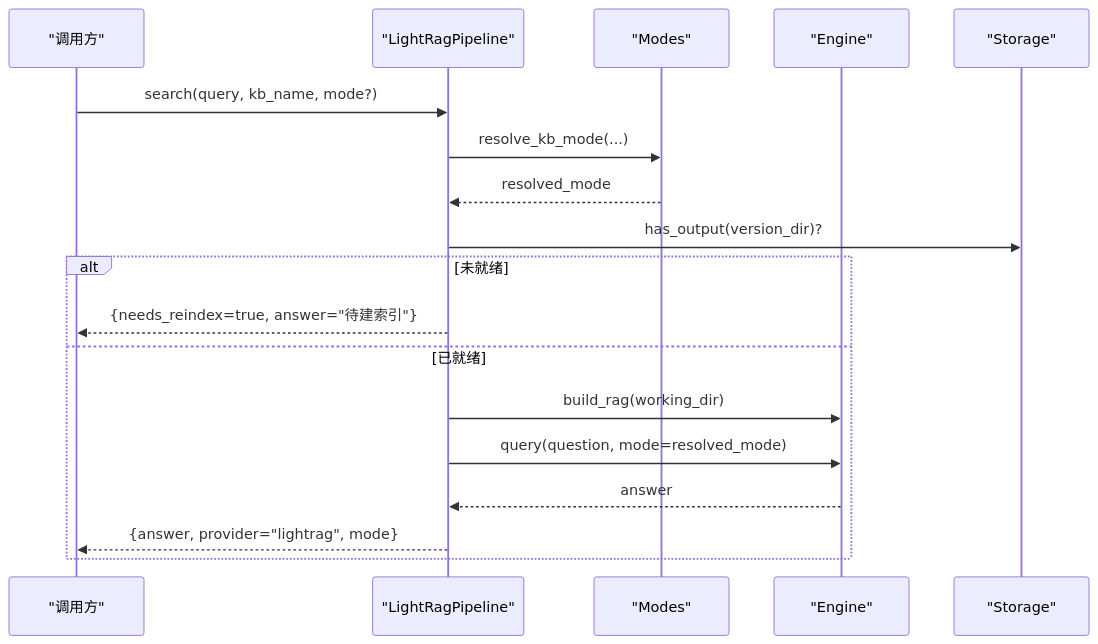
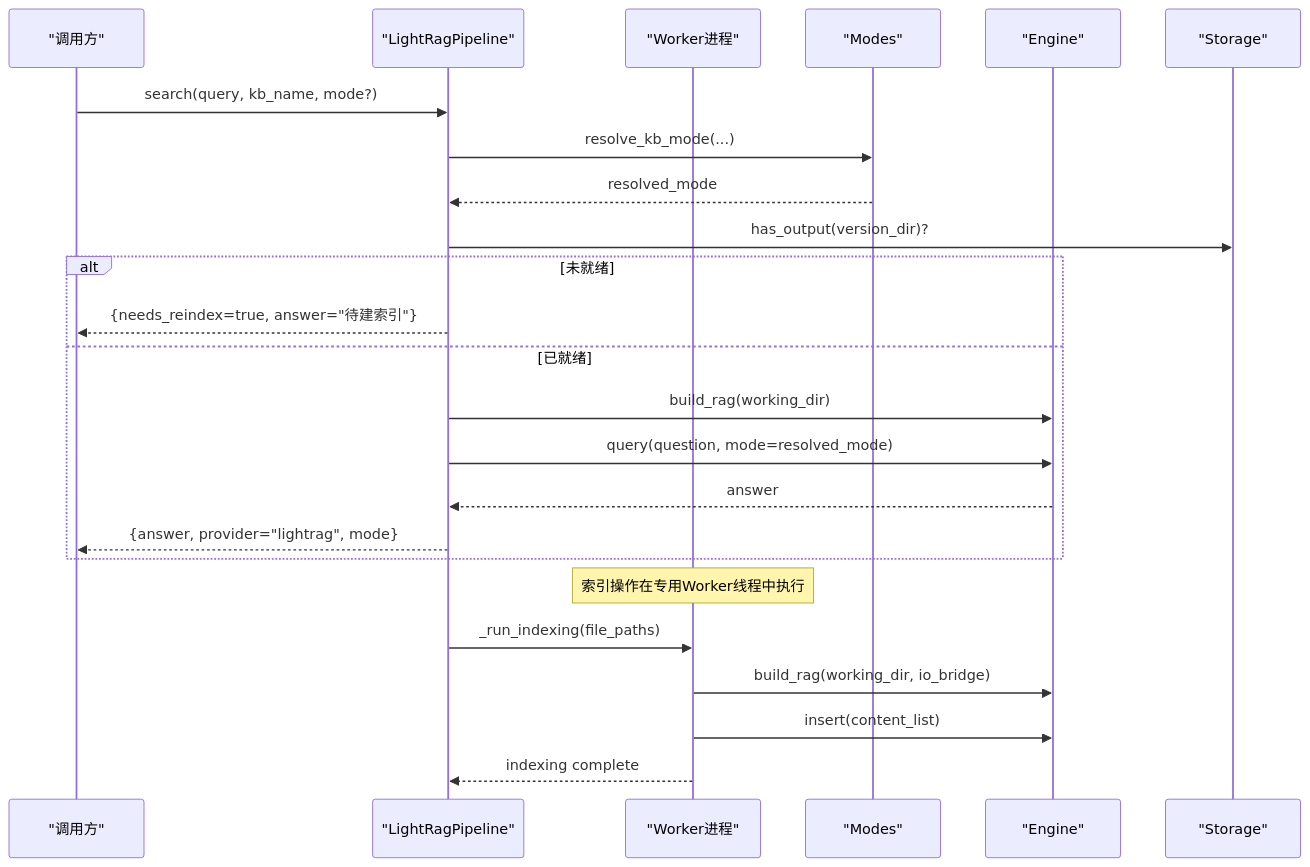
One commit to gongzili456/DeepTutor changed the second of 6 diagrams in .qoder/repowiki/zh/content/项目概述/核心特性概览/多引擎知识库/LightRAG管道.md. Above: the diagram before and after it, drawn with Mermaid. The commit also changed other lines of this file and 821 other files, not shown here.

````diff
--- a/.qoder/repowiki/zh/content/项目概述/核心特性概览/多引擎知识库/LightRAG管道.md
+++ b/.qoder/repowiki/zh/content/项目概述/核心特性概览/多引擎知识库/LightRAG管道.md
@@ -81,20 +97,26 @@
 ```mermaid
 sequenceDiagram
 participant U as "调用方"
 participant PL as "LightRagPipeline"
+participant W as "Worker进程"
 participant MS as "Modes"
 participant EN as "Engine"
 participant ST as "Storage"
 U->>PL : search(query, kb_name, mode?)
 PL->>MS : resolve_kb_mode(...)
 MS-->>PL : resolved_mode
 PL->>ST : has_output(version_dir)?
 alt 未就绪
 PL-->>U : {needs_reindex=true, answer="待建索引"}
 else 已就绪
 PL->>EN : build_rag(working_dir)
 PL->>EN : query(question, mode=resolved_mode)
 EN-->>PL : answer
 PL-->>U : {answer, provider="lightrag", mode}
 end
+Note over W : 索引操作在专用Worker线程中执行
+PL->>W : _run_indexing(file_paths)
+W->>EN : build_rag(working_dir, io_bridge)
+W->>EN : insert(content_list)
+W-->>PL : indexing complete
 ```
````
